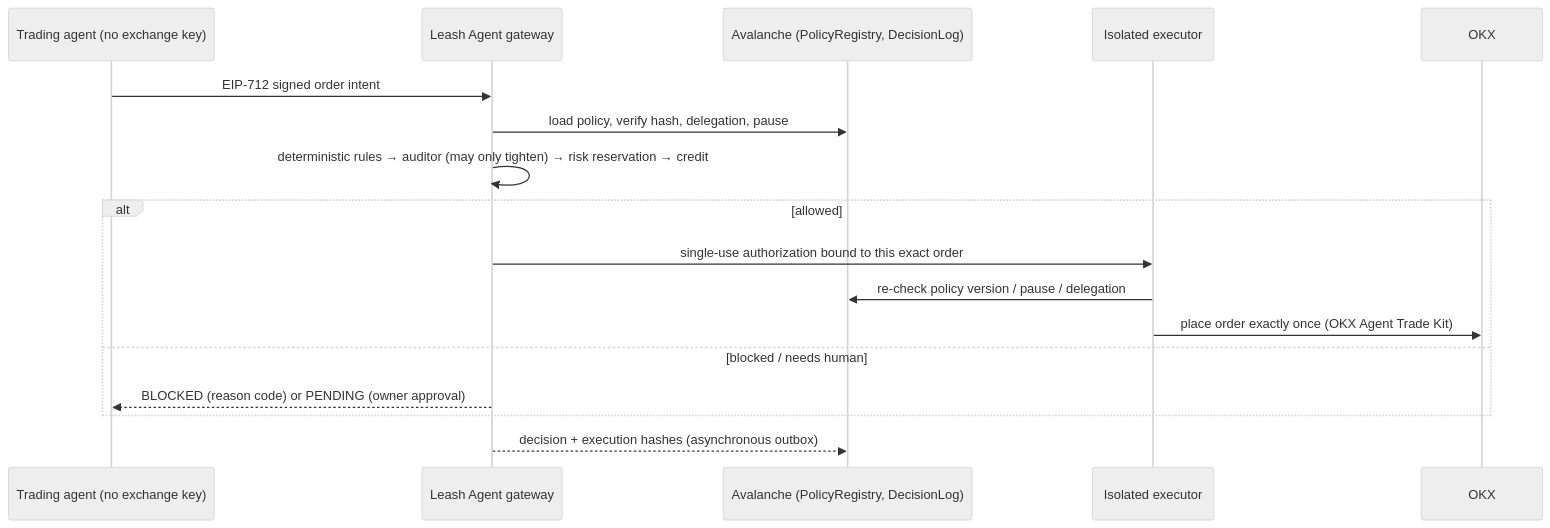
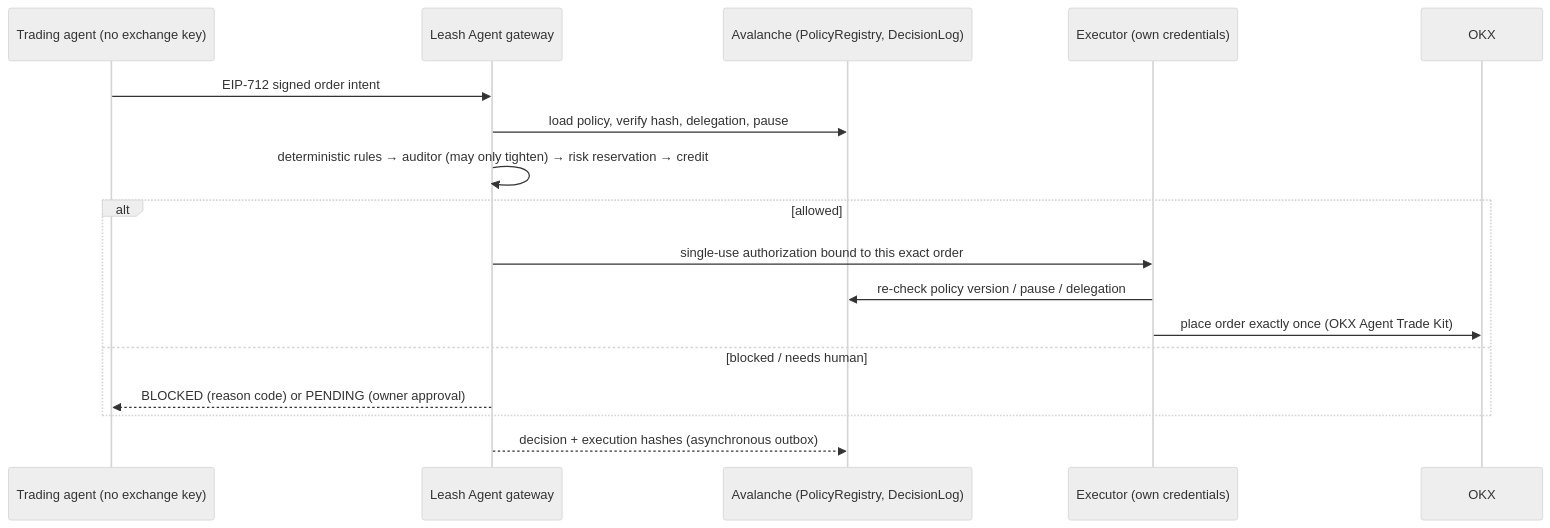
One commit to ulukansarikaya/leashagent changed the first of 2 diagrams in README.md. Above: the diagram before and after it, drawn with Mermaid (neutral theme). The commit also changed other lines of this file, not shown here.

````diff
--- a/README.md
+++ b/README.md
@@ -39,20 +39,20 @@
 ```mermaid
 sequenceDiagram
     participant A as Trading agent (no exchange key)
     participant G as Leash Agent gateway
     participant C as Avalanche (PolicyRegistry, DecisionLog)
-    participant E as Isolated executor
+    participant E as Executor (own credentials)
     participant X as OKX
 
     A->>G: EIP-712 signed order intent
     G->>C: load policy, verify hash, delegation, pause
     G->>G: deterministic rules → auditor (may only tighten) → risk reservation → credit
     alt allowed
         G->>E: single-use authorization bound to this exact order
         E->>C: re-check policy version / pause / delegation
         E->>X: place order exactly once (OKX Agent Trade Kit)
     else blocked / needs human
         G-->>A: BLOCKED (reason code) or PENDING (owner approval)
     end
     G-->>C: decision + execution hashes (asynchronous outbox)
 ```
````
